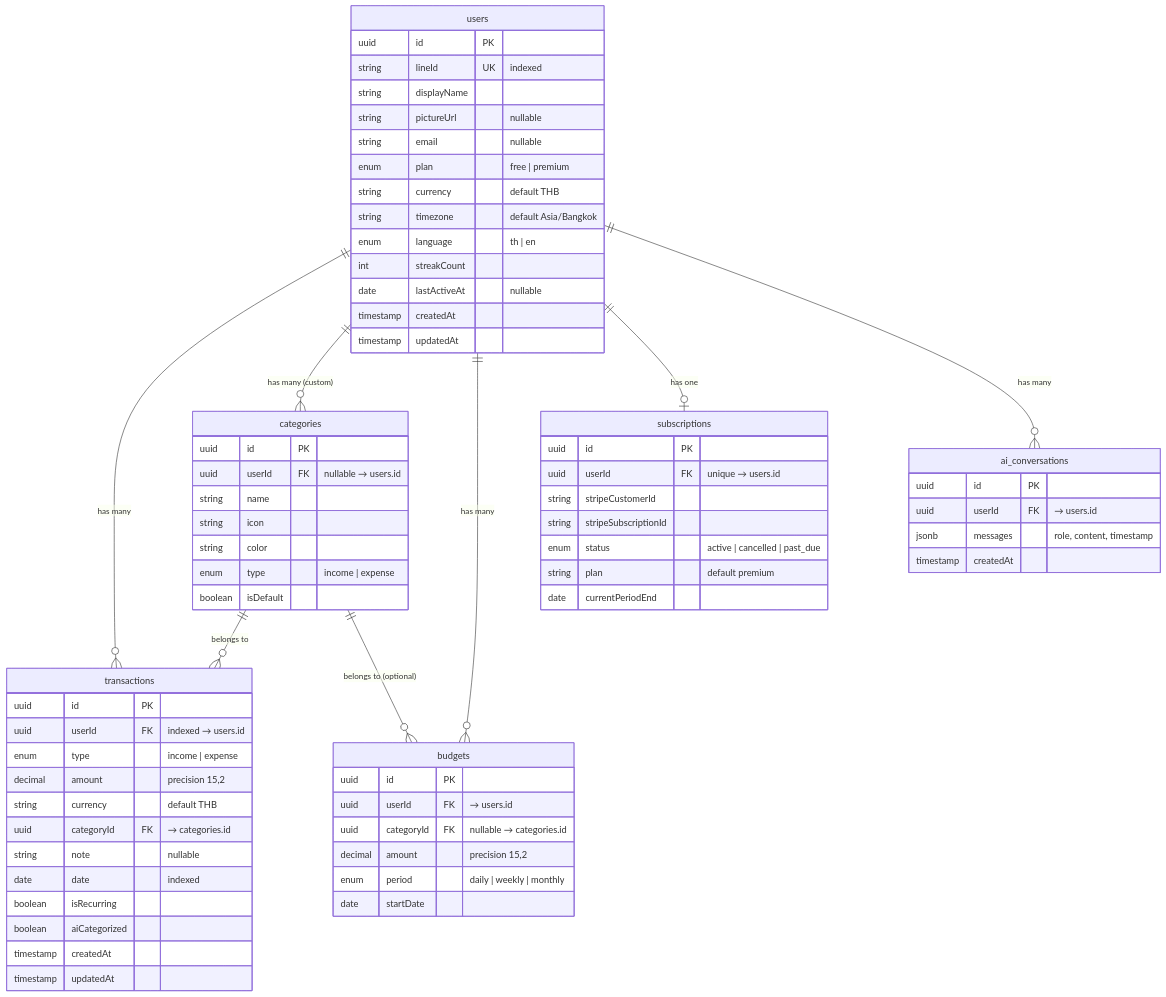
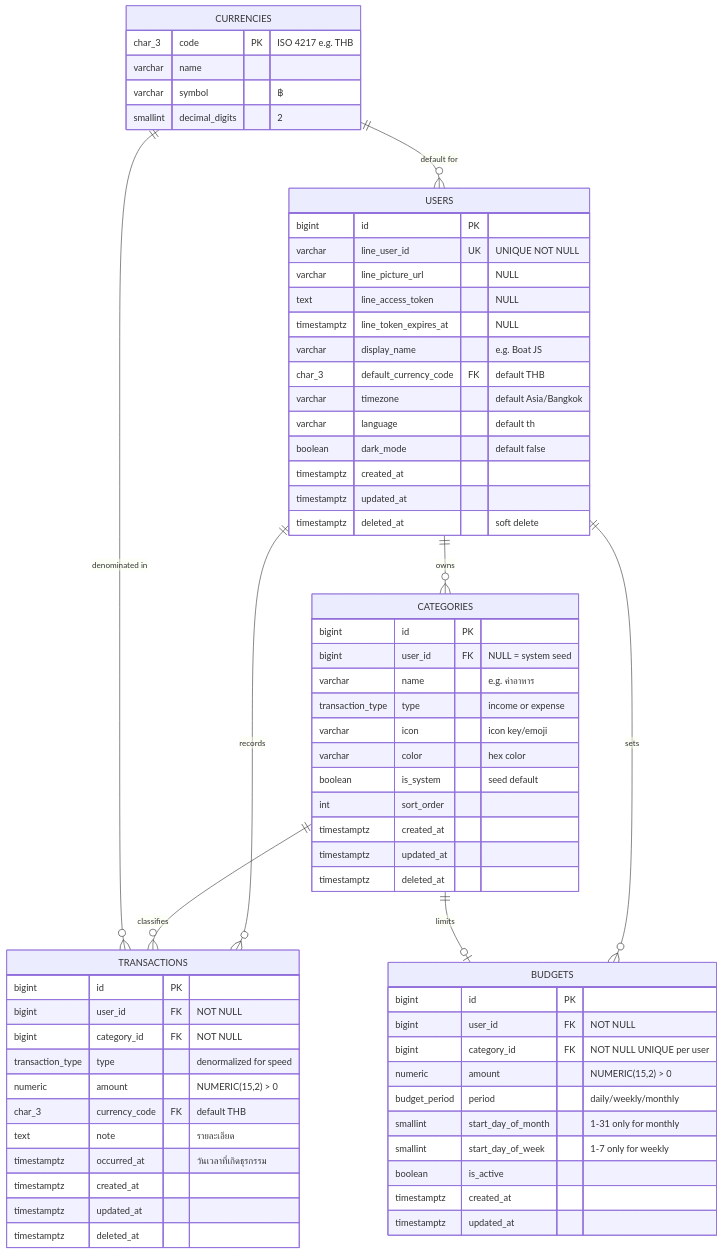
One commit to Sek-Code/PaaToy-CashFlow changed the diagram in PLAN.md. Above: the diagram before and after it, drawn with Mermaid.

Commit message:
update database schema in plan.md

````diff
--- a/PLAN.md
+++ b/PLAN.md
@@ -151,77 +151,74 @@
 ```mermaid
 erDiagram
-    users ||--o{ transactions : "has many"
-    users ||--o{ categories : "has many (custom)"
-    users ||--o{ budgets : "has many"
-    users ||--o| subscriptions : "has one"
-    users ||--o{ ai_conversations : "has many"
-    categories ||--o{ transactions : "belongs to"
-    categories ||--o{ budgets : "belongs to (optional)"
+    USERS ||--o{ CATEGORIES : "owns"
+    USERS ||--o{ TRANSACTIONS : "records"
+    USERS ||--o{ BUDGETS : "sets"
+    CATEGORIES ||--o{ TRANSACTIONS : "classifies"
+    CATEGORIES ||--o| BUDGETS : "limits"
+    CURRENCIES ||--o{ USERS : "default for"
+    CURRENCIES ||--o{ TRANSACTIONS : "denominated in"
 
-    users {
-        uuid id PK
-        string lineId UK "indexed"
-        string displayName
-        string pictureUrl "nullable"
-        string email "nullable"
-        enum plan "free | premium"
-        string currency "default THB"
-        string timezone "default Asia/Bangkok"
-        enum language "th | en"
-        int streakCount
-        date lastActiveAt "nullable"
-        timestamp createdAt
-        timestamp updatedAt
+    USERS {
+        bigint id PK
+        varchar line_user_id UK "UNIQUE NOT NULL"
+        varchar line_picture_url "NULL"
+        text line_access_token "NULL"
+        timestamptz line_token_expires_at "NULL"
+        varchar display_name "e.g. Boat JS"
+        char_3 default_currency_code FK "default THB"
+        varchar timezone "default Asia/Bangkok"
+        varchar language "default th"
+        boolean dark_mode "default false"
+        timestamptz created_at
+        timestamptz updated_at
+        timestamptz deleted_at "soft delete"
     }
 
-    transactions {
-        uuid id PK
-        uuid userId FK "indexed → users.id"
-        enum type "income | expense"
-        decimal amount "precision 15,2"
-        string currency "default THB"
-        uuid categoryId FK "→ categories.id"
-        string note "nullable"
-        date date "indexed"
-        boolean isRecurring
-        boolean aiCategorized
-        timestamp createdAt
-        timestamp updatedAt
+    CATEGORIES {
+        bigint id PK
+        bigint user_id FK "NULL = system seed"
+        varchar name "e.g. ค่าอาหาร"
+        transaction_type type "income or expense"
+        varchar icon "icon key/emoji"
+        varchar color "hex color"
+        boolean is_system "seed default"
+        int sort_order
+        timestamptz created_at
+        timestamptz updated_at
+        timestamptz deleted_at
     }
 
-    categories {
-        uuid id PK
-        uuid userId FK "nullable → users.id"
-        string name
-        string icon
-        string color
-        enum type "income | expense"
-        boolean isDefault
+    TRANSACTIONS {
+        bigint id PK
+        bigint user_id FK "NOT NULL"
+        bigint category_id FK "NOT NULL"
+        transaction_type type "denormalized for speed"
+        numeric amount "NUMERIC(15,2) > 0"
+        char_3 currency_code FK "default THB"
+        text note "รายละเอียด"
+        timestamptz occurred_at "วันเวลาที่เกิดธุรกรรม"
+        timestamptz created_at
+        timestamptz updated_at
+        timestamptz deleted_at
     }
 
-    budgets {
-        uuid id PK
-        uuid userId FK "→ users.id"
-        uuid categoryId FK "nullable → categories.id"
-        decimal amount "precision 15,2"
-        enum period "daily | weekly | monthly"
-        date startDate
+    BUDGETS {
+        bigint id PK
+        bigint user_id FK "NOT NULL"
+        bigint category_id FK "NOT NULL UNIQUE per user"
+        numeric amount "NUMERIC(15,2) > 0"
+        budget_period period "daily/weekly/monthly"
+        smallint start_day_of_month "1-31 only for monthly"
+        smallint start_day_of_week "1-7 only for weekly"
+        boolean is_active
+        timestamptz created_at
+        timestamptz updated_at
     }
 
-    subscriptions {
-        uuid id PK
-        uuid userId FK "unique → users.id"
-        string stripeCustomerId
-        string stripeSubscriptionId
-        enum status "active | cancelled | past_due"
-        string plan "default premium"
-        date currentPeriodEnd
-    }
-
-    ai_conversations {
-        uuid id PK
-        uuid userId FK "→ users.id"
-        jsonb messages "role, content, timestamp"
-        timestamp createdAt
+    CURRENCIES {
+        char_3 code PK "ISO 4217 e.g. THB"
+        varchar name
+        varchar symbol "฿"
+        smallint decimal_digits "2"
     }
 ```
````
